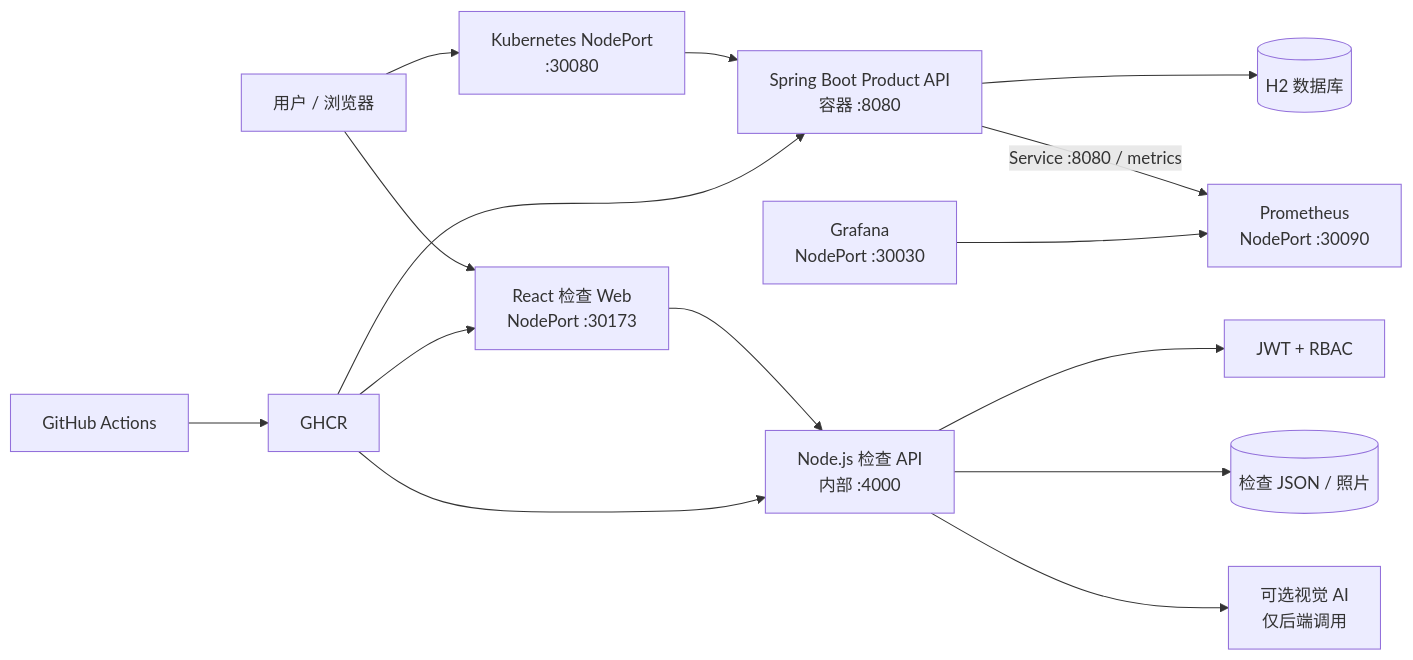
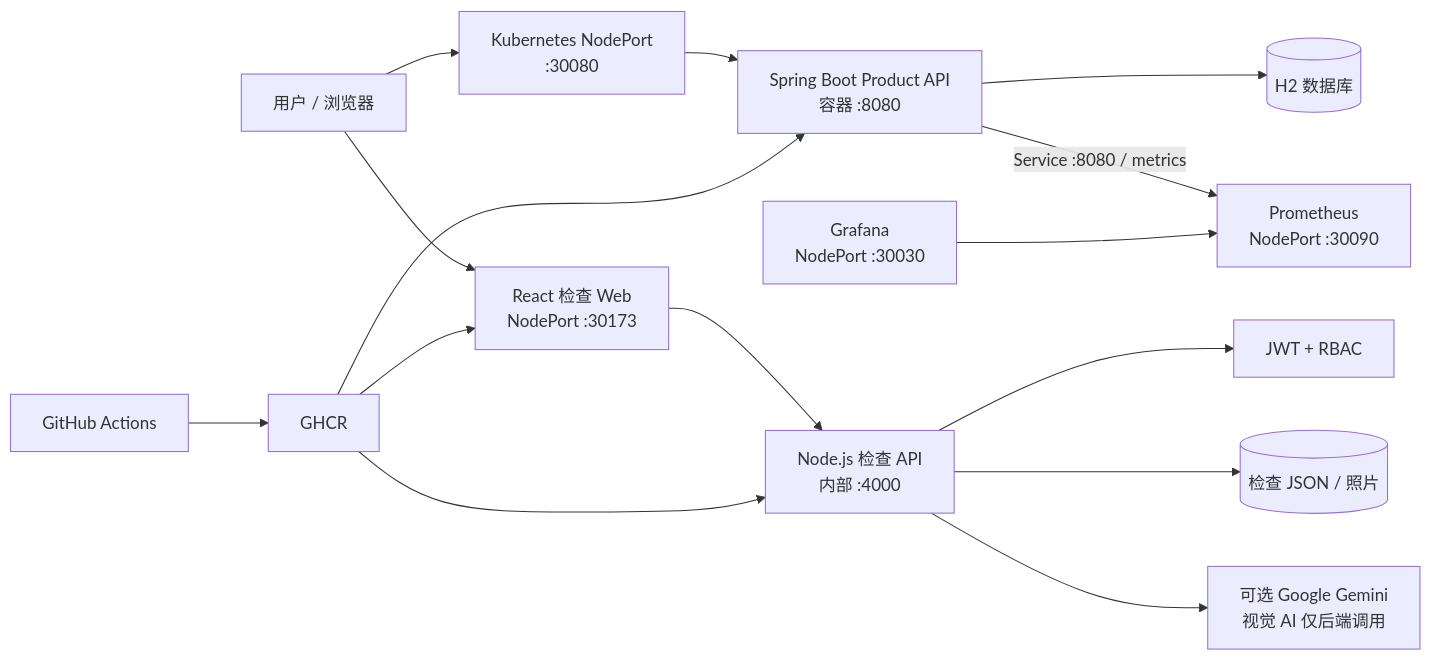
The diagram in README.zh-CN.md (ChrisWu365/java-maven-crud-cicd), drawn with Mermaid before and after one commit. The commit also changed other lines of this file and 2 other files, not shown here.

````diff
--- a/README.zh-CN.md
+++ b/README.zh-CN.md
@@ -41,17 +53,17 @@
 ```mermaid
 flowchart LR
     User[用户 / 浏览器] --> Web[React 检查 Web<br/>NodePort :30173]
     Web --> API[Node.js 检查 API<br/>内部 :4000]
     API --> Auth[JWT + RBAC]
     API --> InspectionData[(检查 JSON / 照片)]
-    API --> AI[可选视觉 AI<br/>仅后端调用]
+    API --> AI[可选 Google Gemini<br/>视觉 AI 仅后端调用]
     User --> K8s[Kubernetes NodePort<br/>:30080]
     K8s --> App[Spring Boot Product API<br/>容器 :8080]
     App --> H2[(H2 数据库)]
     App -- Service :8080 / metrics --> Prom[Prometheus<br/>NodePort :30090]
     Graf[Grafana<br/>NodePort :30030] --> Prom
     CI[GitHub Actions] --> Registry[GHCR]
     Registry --> App
     Registry --> Web
     Registry --> API
 ```
````
